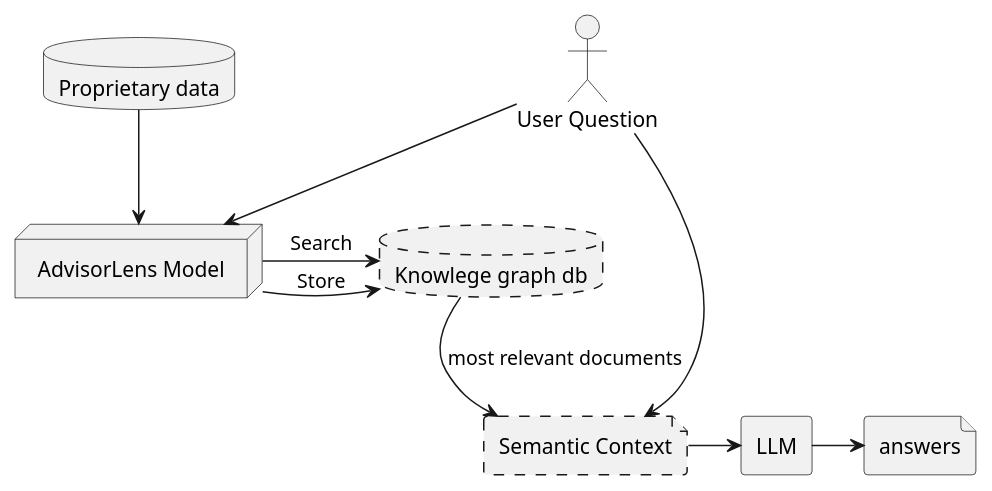
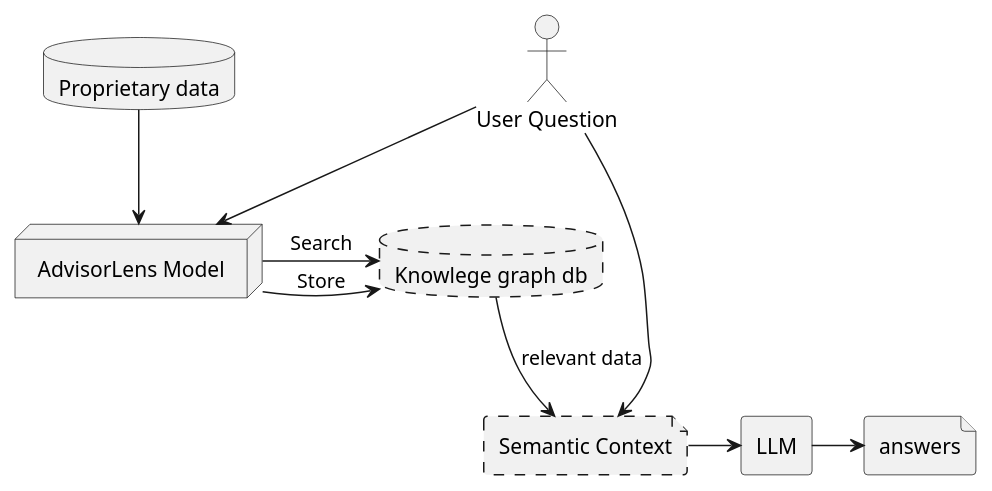
Before and after one commit to linkeddatacenter/advisorlens.com: the diagram in content/en/docs/how it works.md, drawn with PlantUML.

````diff
--- a/content/en/docs/how it works.md
+++ b/content/en/docs/how it works.md
@@ -22,20 +22,20 @@
 ```plantuml
 database "Proprietary data" as data
 actor "User Question" as questions
 node "AdvisorLens Model" as model
 database "Knowlege graph db" as kb #line.dashed
 file "Semantic Context" as prompt #line.dashed
 agent LLM
 file "answers"
 
 data --> model
 questions --> model
 model -> kb : Store
 model -> kb : Search
 
 questions --> prompt
-kb --> prompt : most relevant documents
+kb --> prompt : relevant data
 
 prompt -> LLM
 LLM -> answers
 ```
````
